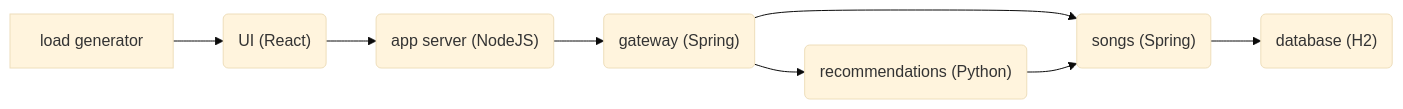
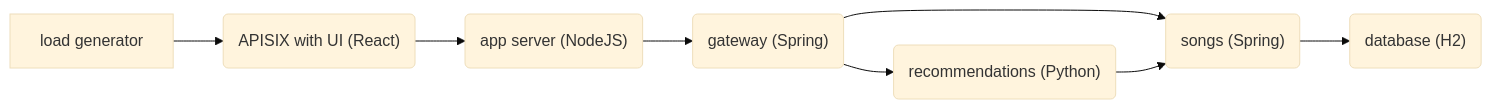
One commit to apache/skywalking-showcase changed the first of 2 diagrams in docs/readme.md. Above: the diagram before and after it, drawn with Mermaid (base theme). The commit also changed other lines of this file and 36 other files, not shown here.

````diff
--- a/docs/readme.md
+++ b/docs/readme.md
@@ -9,8 +9,8 @@
 ```mermaid
 %% please read this doc in our official website, otherwise the graph is not correctly rendered.
 graph LR;
-  loadgen[load generator] --> ui("UI (React)") --> app("app server (NodeJS)") --> gateway("gateway (Spring)");
+  loadgen[load generator] --> frontend("APISIX with UI (React)") --> app("app server (NodeJS)") --> gateway("gateway (Spring)");
   gateway --> songs("songs (Spring)") & rcmd("recommendations (Python)");
   rcmd --> songs;
   songs --> db("database (H2)");
 ```
````
